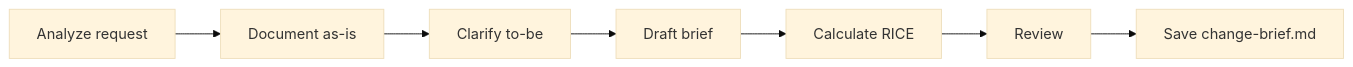
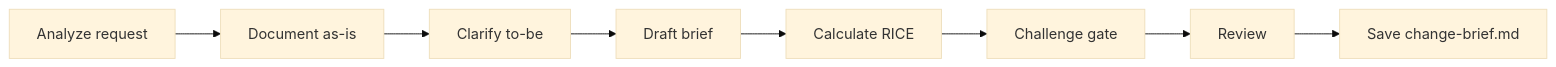
One commit to ai-driven-dev/framework changed the diagram in skills/pm-change-brief/SKILL.md. Above: the diagram before and after it, drawn with Mermaid (base theme). The commit also changed other lines of this file and 22 other files, not shown here.

````diff
--- a/skills/pm-change-brief/SKILL.md
+++ b/skills/pm-change-brief/SKILL.md
@@ -30,4 +31,4 @@
 ```mermaid
 flowchart LR
-    A[Analyze request] --> B[Document as-is] --> C[Clarify to-be] --> D[Draft brief] --> E[Calculate RICE] --> F[Review] --> G[Save change-brief.md]
+    A[Analyze request] --> B[Document as-is] --> C[Clarify to-be] --> D[Draft brief] --> E[Calculate RICE] --> F[Challenge gate] --> G[Review] --> H[Save change-brief.md]
 ```
````
